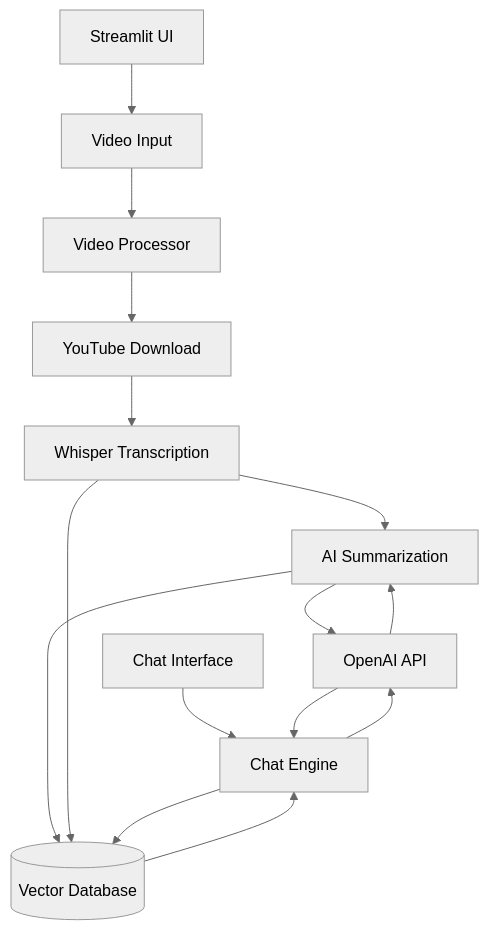
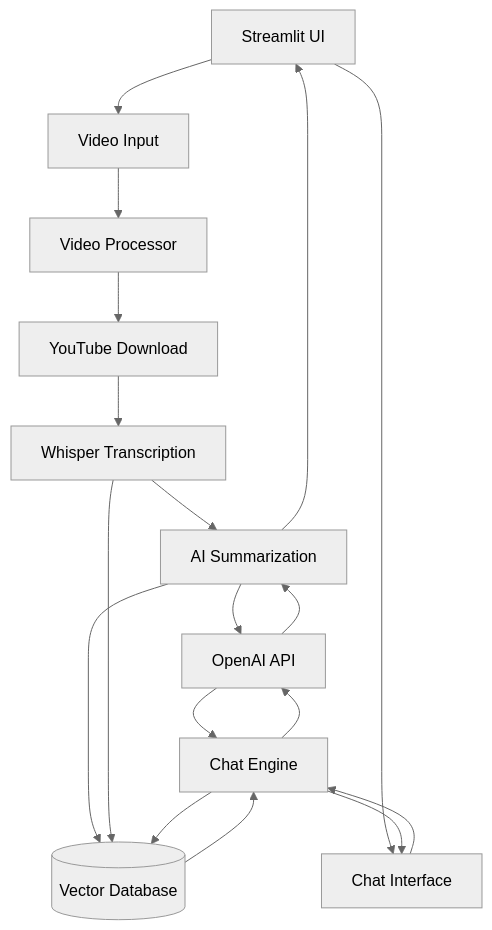
One commit to riyanshibohra/VideoMind-AI changed the diagram in README.md. Above: the diagram before and after it, drawn with Mermaid (neutral theme).

````diff
--- a/README.md
+++ b/README.md
@@ -43,19 +43,22 @@
 ```mermaid
 graph TD
     A[Streamlit UI] --> B[Video Input]
+    A --> G[Chat Interface]
     B --> C[Video Processor]
     C --> D[YouTube Download]
     D --> E[Whisper Transcription]
     E --> F[AI Summarization]
+    F --> A
     
     F --> J[OpenAI API]
     J --> F
     F --> I[(Vector Database)]
     E --> I
     
-    G[Chat Interface] --> H[Chat Engine]
+    G --> H[Chat Engine]
     H --> I
     I --> H
     H --> J
     J --> H
+    H --> G
 ```
````
